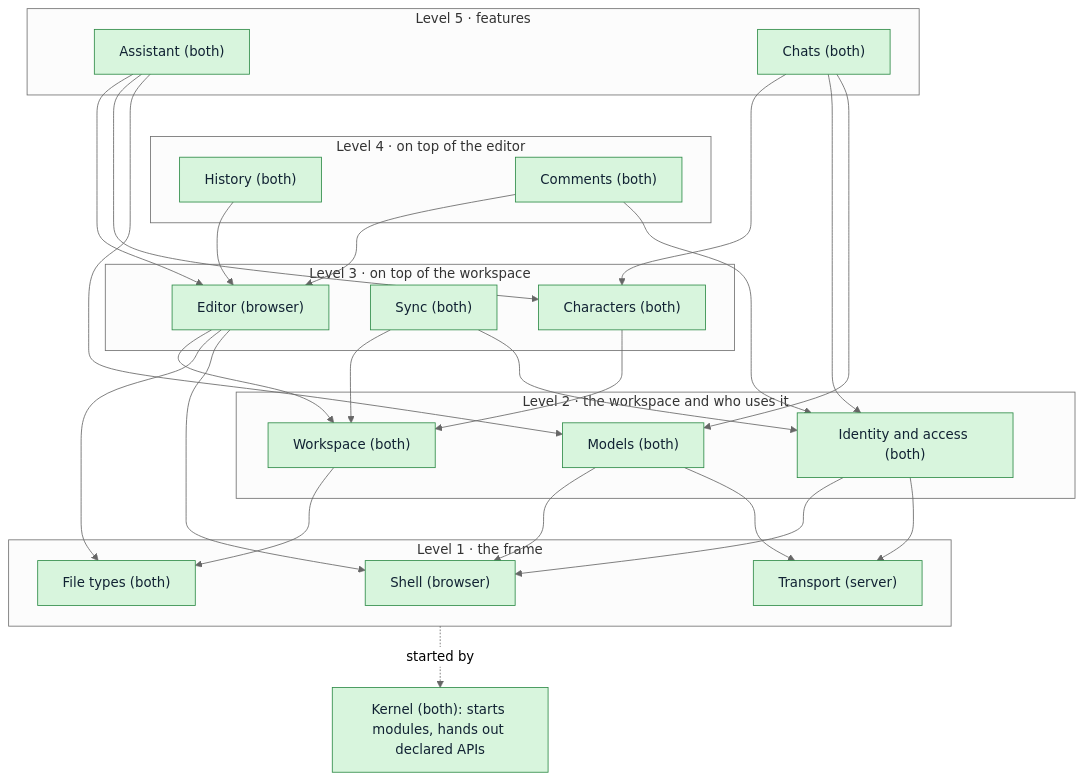
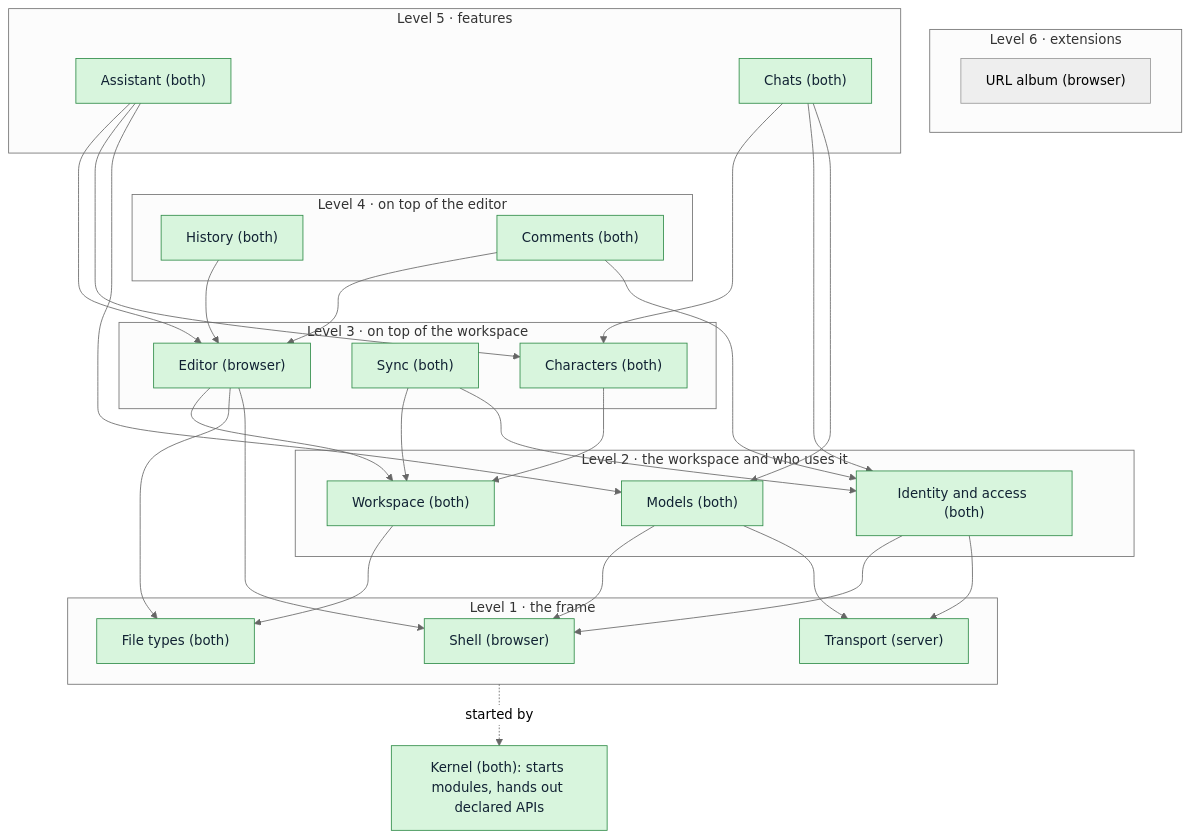
One commit to RustColeone/StiloMarker changed the first of 5 diagrams in docs/ARCHITECTURE.md. Above: the diagram before and after it, drawn with Mermaid (neutral theme). The commit also changed other lines of this file and 49 other files, not shown here.

First line of the commit message:
Restructure step 8: the URL album as an extension (v0.1.48)

````diff
--- a/docs/ARCHITECTURE.md
+++ b/docs/ARCHITECTURE.md
@@ -54,43 +55,46 @@
 ```mermaid
 flowchart TB
+  subgraph L6["Level 6 · extensions"]
+    UrlAlbum["URL album (browser)"]
+  end
   subgraph L5["Level 5 · features"]
     Assistant["Assistant (both)"]
     Chats["Chats (both)"]
   end
   subgraph L4["Level 4 · on top of the editor"]
     History["History (both)"]
     Comments["Comments (both)"]
   end
   subgraph L3["Level 3 · on top of the workspace"]
     Editor["Editor (browser)"]
     Sync["Sync (both)"]
     Characters["Characters (both)"]
   end
   subgraph L2["Level 2 · the workspace and who uses it"]
     Workspace["Workspace (both)"]
     Identity["Identity and access (both)"]
     Models["Models (both)"]
   end
   subgraph L1["Level 1 · the frame"]
     Shell["Shell (browser)"]
     Transport["Transport (server)"]
     FileTypes["File types (both)"]
   end
   Kernel["Kernel (both): starts modules, hands out declared APIs"]
 
   Assistant --> Editor & Characters & Models
   Chats --> Characters & Identity & Models
   History --> Editor
   Comments --> Editor & Identity
   Editor --> Workspace & FileTypes & Shell
   Characters --> Workspace
   Sync --> Workspace & Identity
   Workspace --> FileTypes
   Identity --> Shell & Transport
   Models --> Shell & Transport
   L1 -.started by.-> Kernel
   L5 ~~~ L4 ~~~ L3 ~~~ L2 ~~~ L1
 
   classDef built fill:#d8f5dd,stroke:#2e8b47,color:#123;
   class Shell,Transport,FileTypes,Workspace,Identity,Models,Sync,Editor,Characters,History,Comments,Assistant,Chats,Kernel built;
 ```
````
